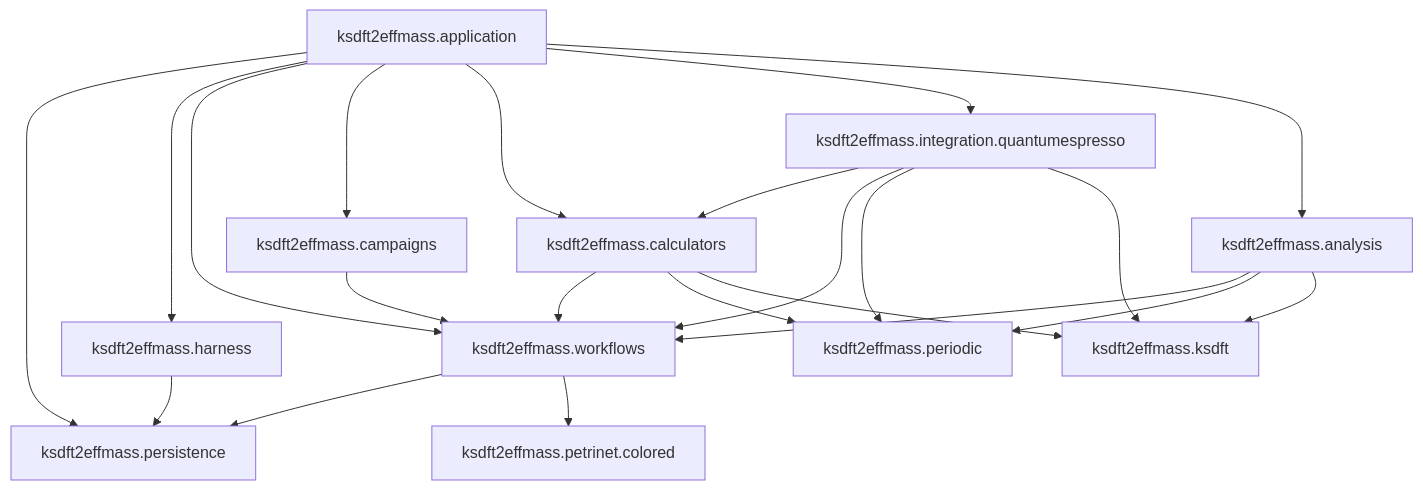
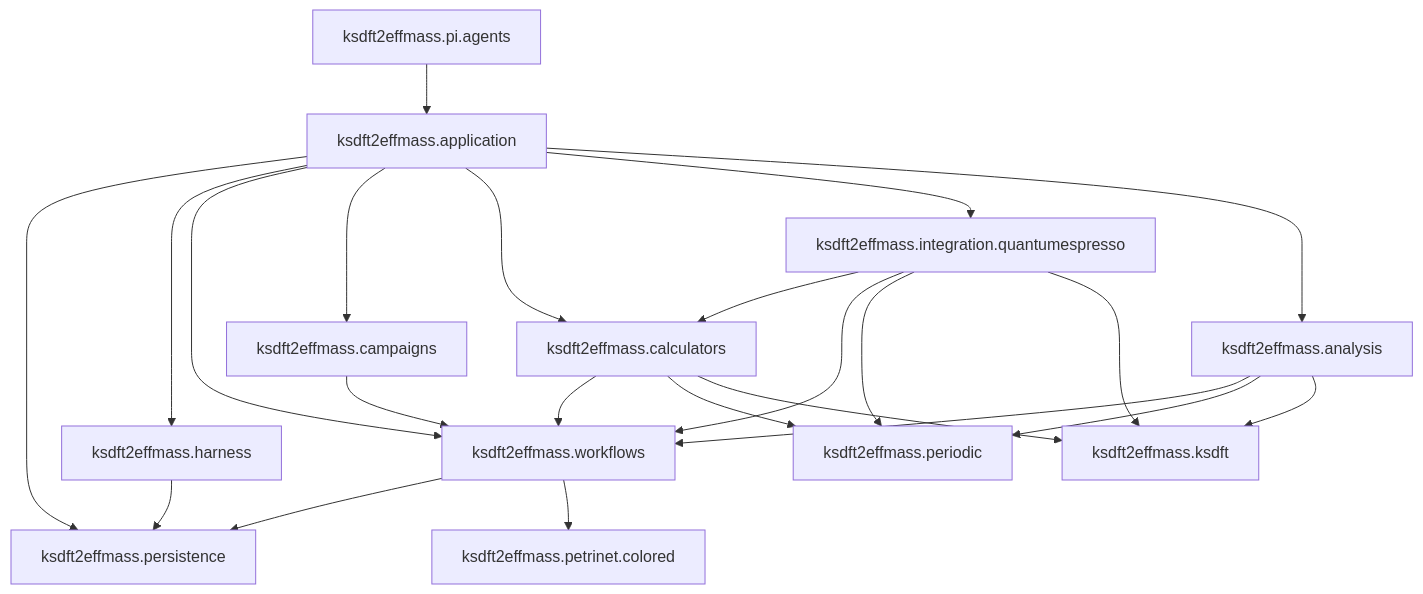
The diagram in docs/architecture/v2/repository-layout.md (eragasa/ksdft2effmass), drawn with Mermaid before and after one commit. The commit also changed other lines of this file and 15 other files, not shown here.

Commit message:
docs(architecture): define governed agent system

````diff
--- a/docs/architecture/v2/repository-layout.md
+++ b/docs/architecture/v2/repository-layout.md
@@ -57,25 +60,26 @@
 ```mermaid
 flowchart TD
     persistence["ksdft2effmass.persistence"]
     campaigns["ksdft2effmass.campaigns"] --> workflows["ksdft2effmass.workflows"]
     harness["ksdft2effmass.harness"] --> persistence
     workflows --> persistence
     workflows --> petrinet["ksdft2effmass.petrinet.colored"]
     calculators["ksdft2effmass.calculators"] --> workflows
     calculators --> periodic["ksdft2effmass.periodic"]
     calculators --> ksdft["ksdft2effmass.ksdft"]
     integration["ksdft2effmass.integration.quantumespresso"] --> calculators
     integration --> workflows
     integration --> periodic
     integration --> ksdft
+    pi_agents["ksdft2effmass.pi.agents"] --> composition
     analysis["ksdft2effmass.analysis"] --> workflows
     analysis --> periodic
     analysis --> ksdft
     composition["ksdft2effmass.application"] --> persistence
     composition --> harness
     composition --> workflows
     composition --> campaigns
     composition --> calculators
     composition --> integration
     composition --> analysis
 ```
````
